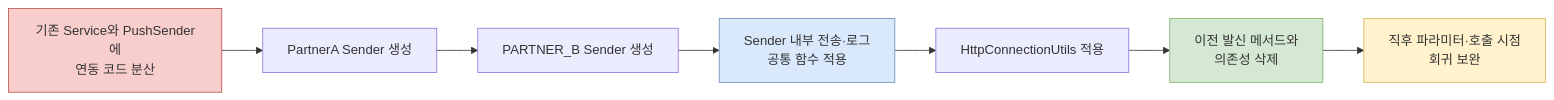
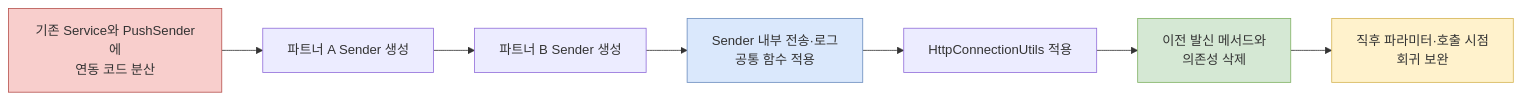
Before and after one commit to inchangson/inchangson.github.io: the diagram in docs/b2g-resttemplate-retrospective/README.md, drawn with Mermaid. The commit also changed other lines of this file and 11 other files, not shown here.

````diff
--- a/docs/b2g-resttemplate-retrospective/README.md
+++ b/docs/b2g-resttemplate-retrospective/README.md
@@ -37,14 +37,14 @@
 ```mermaid
 flowchart LR
-    A["기존 Service와 PushSender에<br/>연동 코드 분산"] --> B["PartnerA Sender 생성"]
-    B --> C["PARTNER_B Sender 생성"]
+    A["기존 Service와 PushSender에<br/>연동 코드 분산"] --> B["파트너 A Sender 생성"]
+    B --> C["파트너 B Sender 생성"]
     C --> D["Sender 내부 전송·로그<br/>공통 함수 적용"]
     D --> E["HttpConnectionUtils 적용"]
     E --> F["이전 발신 메서드와<br/>의존성 삭제"]
     F --> G["직후 파라미터·호출 시점<br/>회귀 보완"]
 
     style A fill:#f8cecc,stroke:#b85450
     style D fill:#dae8fc,stroke:#6c8ebf
     style F fill:#d5e8d4,stroke:#82b366
     style G fill:#fff2cc,stroke:#d6b656
 ```
````
